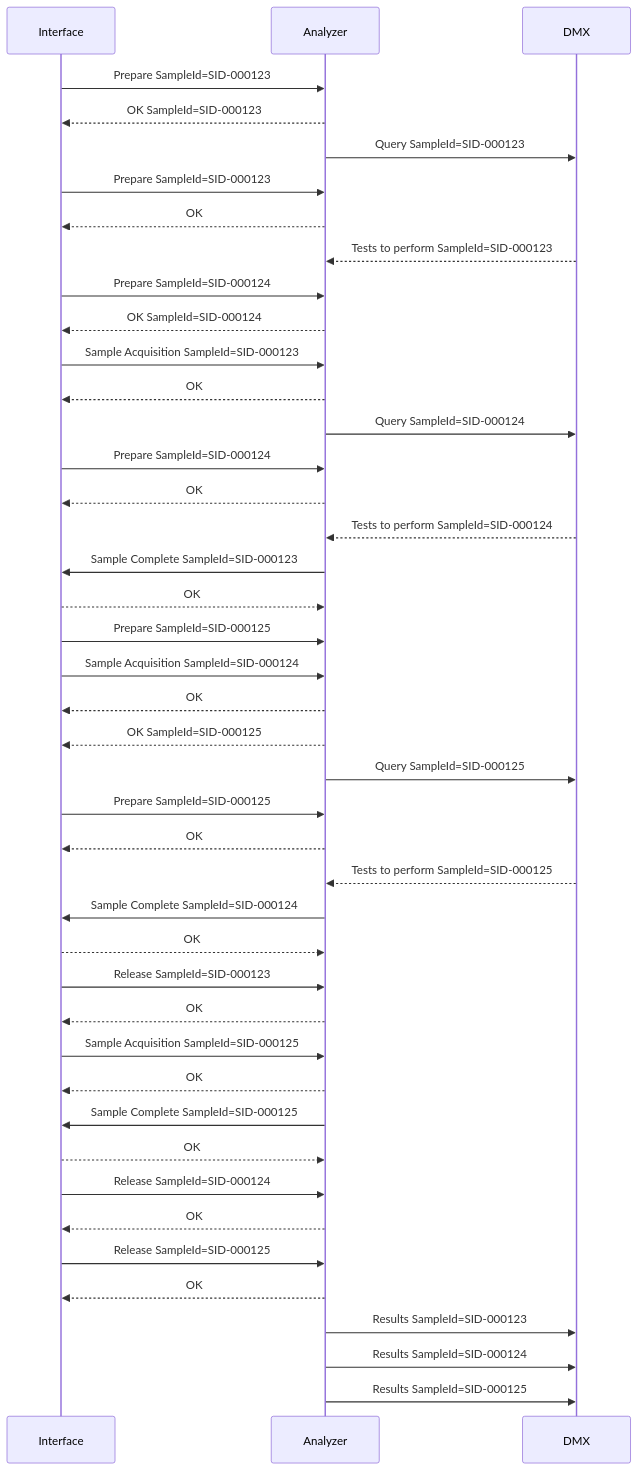
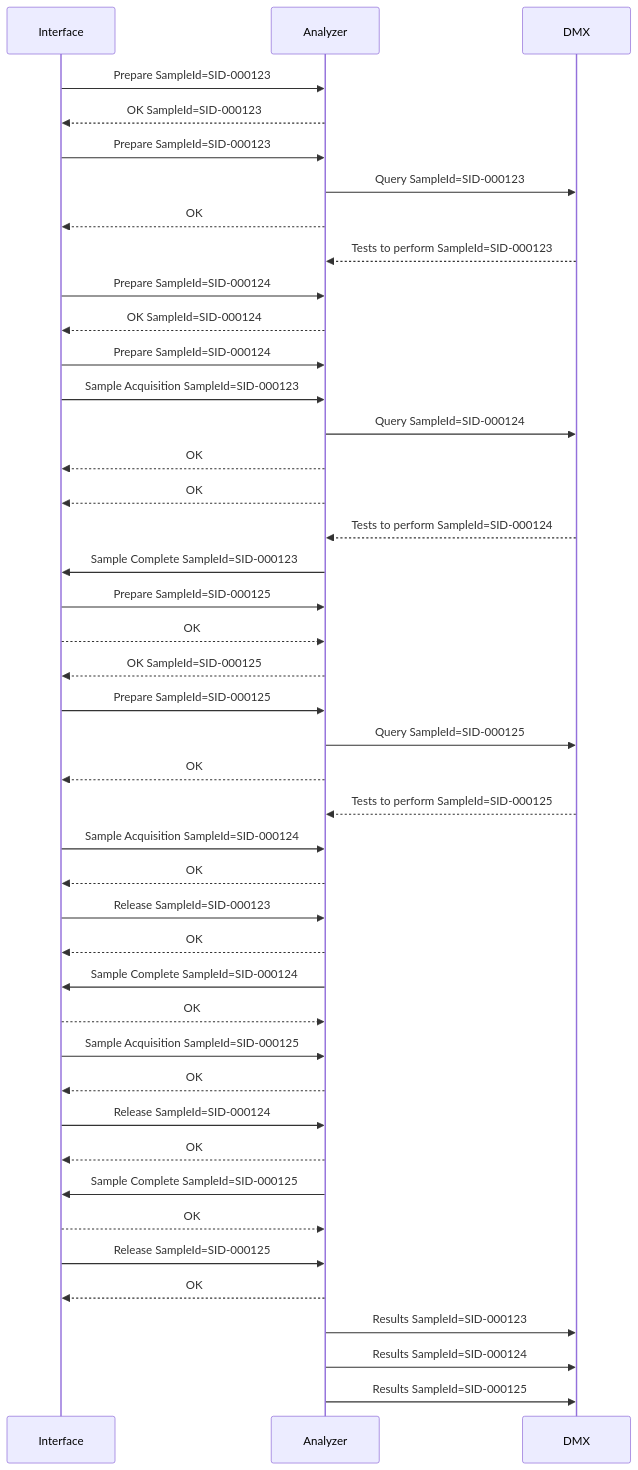
One commit to specialk74/trackviz changed the diagram in scenes/02_turnstile_three_carriers.mmd. Above: the diagram before and after it, drawn with Mermaid. The commit also changed 31 other files, not shown here.

```diff
--- a/scenes/02_turnstile_three_carriers.mmd
+++ b/scenes/02_turnstile_three_carriers.mmd
@@ -16,235 +16,163 @@
     participant AN as Analyzer
     participant DMX as DMX
 
-    %% carrier C1 SID-000123 route=main_in,nsd,pit_in,pit_wait,ts.in,ts.out,pit_out,merge,main_out,gone speed=75
-    %% carrier C2 SID-000124 route=spawn,main_in,nsd,pit_in,pit_wait,ts.in,ts.out,pit_out,merge,main_out,gone speed=75 color=#0EA5E9
-    %% carrier C3 SID-000125 route=spawn,main_in,nsd,pit_in,pit_wait,ts.in,ts.out,pit_out,merge,main_out,gone speed=75 color=#DB2777
+    %% carrier C1 SID-000123 route=main_in,nsd,pit_in,pit_wait,ts.in,ts.out,pit_out,merge,main_out,gone
+    %% carrier C2 SID-000124 route=spawn,main_in,nsd,pit_in,pit_wait,ts.in,ts.out,pit_out,merge,main_out,gone color=#0EA5E9
+    %% carrier C3 SID-000125 route=spawn,main_in,nsd,pit_in,pit_wait,ts.in,ts.out,pit_out,merge,main_out,gone color=#DB2777
 
-    %% at 0
     %% caption 1 · Turnstile with gate and antenna | The Pit-Lane ends in a turnstile, a wheel with three positions: entry, under the analyzer needle, exit. In front of it, an antenna and a gate: every carrier stops there first.
-    %% at 2.26
-    %% move C1 to nsd ease=in
-    %% when C1 at nsd
-    %% move C1 to pit_wait ease=out
-    %% when C1 at nsd
-    %% caption 2 · Diverted — Prepare | The first carrier is diverted into the Pit-Lane without stopping, and the interface sends Prepare to the analyzer.
-    %% when C1 at nsd
+    %% at 2.6
+    %% move C1 to pit_wait
+
+    %% on antenna1 C1
+    %% caption 2 · Diverted — Prepare — antenna | The first carrier is diverted into the Pit-Lane without stopping: Prepare. The gate stops it on the antenna, which reads it: the interface sends Prepare again. Nothing is being sampled, so the gate will open.
+    %% on antenna1 C1
     %% highlight nsd duration=2
-    %% when C1 at nsd
+    %% on antenna1
     IF->>AN: Prepare SampleId=SID-000123
-    %% when prepare C1 sent
-    %% delay 1.997
+    %% after 0.1
     AN-->>IF: OK SampleId=SID-000123
-    %% when sample_ok C1 arrived
-    %% delay 0.3
-    AN->>DMX: Query SampleId=SID-000123
-    %% at 9.96
-    %% move C2 to nsd ease=in
-    %% when C1 at pit_wait
-    %% caption 3 · Antenna — Prepare again | The carrier stops at the antenna in front of the gate: it is read and the interface sends Prepare again (later with an extra piece of information). Nothing is being sampled, so the gate opens.
-    %% when C1 at pit_wait
+    %% after 0.5 antenna2 C1
     %% highlight antenna2 duration=1.5
-    %% when C1 at pit_wait
-    %% delay 0.2
+    %% after 0.5 antenna2 C1
     %% color #9333EA
     IF->>AN: Prepare SampleId=SID-000123
-    %% when prepare_again C1 arrived
-    %% delay 0.1
+    %% after 0.1 OK C1
+    AN->>DMX: Query SampleId=SID-000123
+    %% after 0.1 Prepare C1
     %% for C1
     AN-->>IF: OK
-    %% when query C1 sent
-    %% delay 2.53
+    %% after 0.1 Query C1
     DMX-->>AN: Tests to perform SampleId=SID-000123
-    %% when C1 at pit_wait
-    %% delay 1.777
-    %% move C1 to ts.in ease=inout duration=2
-    %% when C1 at ts.in
-    %% caption 4 · Rotation | Only now, with the carrier in the entry position, the wheel rotates and brings it under the needle. Meanwhile the second carrier is diverted: Prepare.
-    %% when C1 at ts.in
-    %% delay 0.15
+    %% after 0.1 OK C1
+    %% move C1 to ts.in
+
+    %% at 8.4
+    %% move C2 to pit_wait
+    %% after 0.972 OK C1
+    %% caption 3 · Rotation — Sample Acquisition | With the carrier in the entry position the wheel rotates it under the needle: Sample Acquisition and aspiration. Meanwhile the second carrier is diverted, read at the antenna and held by the gate.
     %% rotate ts
-    %% when C2 at nsd
-    %% move C2 to pit_wait ease=out
-    %% when C2 at nsd
+    %% on antenna1 C2
     %% highlight nsd duration=2
-    %% when C2 at nsd
+    %% on antenna1
     IF->>AN: Prepare SampleId=SID-000124
-    %% when prepare C2 sent
-    %% delay 1.732
+    %% after 0.1
     AN-->>IF: OK SampleId=SID-000124
-    %% when rotate ts done
-    %% delay 0.05
-    %% caption 5 · Sample Acquisition — the next carrier waits | Under the needle: Sample Acquisition, then the analyzer aspirates. The second carrier is read at the antenna (Prepare again), but the gate stays closed while a sample is processed.
-    %% when rotate ts done
-    %% delay 0.25
+    %% after 0.5 antenna2 C2
+    %% highlight antenna2 duration=1.5
+    %% after 0.5 antenna2 C2
+    %% color #9333EA
+    IF->>AN: Prepare SampleId=SID-000124
+    %% after 0.25 rotate ts
     IF->>AN: Sample Acquisition SampleId=SID-000123
-    %% when sample_acquisition C1 arrived
-    %% delay 0.1
+    %% after 0.1 OK C2
+    AN->>DMX: Query SampleId=SID-000124
+    %% after 0.1 Prepare C2
+    %% for C2
+    AN-->>IF: OK
+    %% after 0.1 Sample Acquisition C1
     %% for C1
     AN-->>IF: OK
-    %% when analyzer_ok C1 arrived
-    %% delay 0.1
+    %% after 0.1 Query C2
+    DMX-->>AN: Tests to perform SampleId=SID-000124
+    %% after 0.1 OK C1
     %% pipette ts duration=5
-    %% when sample_ok C2 arrived
-    %% delay 0.8
-    AN->>DMX: Query SampleId=SID-000124
-    %% when C2 at pit_wait
-    %% delay 0.032
+
+    %% after 0.3
+    %% caption 4 · Sample Complete — the waiting carrier enters | Sampling is finished: Sample Complete. Before the wheel rotates, the gate opens and the waiting carrier enters the entry position.
+    %% after 0.3 pipette ts
+    AN->>IF: Sample Complete SampleId=SID-000123
+    %% at 20.3
+    %% move C3 to pit_wait
+    %% on antenna1 C3
+    %% highlight nsd duration=2
+    %% on antenna1
+    IF->>AN: Prepare SampleId=SID-000125
+    %% after 0.1 Sample Complete C1
+    %% for C1
+    IF-->>AN: OK
+    %% after 0.1 Prepare C3
+    AN-->>IF: OK SampleId=SID-000125
+    %% after 0.1 OK C1
+    %% move C2 to ts.in
+    %% after 0.5 antenna2 C3
     %% highlight antenna2 duration=1.5
-    %% when C2 at pit_wait
-    %% delay 0.18
+    %% after 0.5 antenna2 C3
     %% color #9333EA
-    IF->>AN: Prepare SampleId=SID-000124
-    %% when prepare_again C2 arrived
-    %% delay 0.1
+    IF->>AN: Prepare SampleId=SID-000125
+    %% after 0.972 OK C1
+    %% caption 5 · Rotation — Sample Acquisition | Now the wheel rotates: the new carrier goes under the needle, the processed one to the exit and back to the Main-Lane (Release once it has left). The third carrier is diverted, read at the antenna and held by the closed gate.
+    %% rotate ts
+    %% after 0.1 OK C3
+    AN->>DMX: Query SampleId=SID-000125
+    %% after 0.1 Prepare C3
+    %% for C3
+    AN-->>IF: OK
+    %% after 0.1 rotate ts
+    %% move C1 to gone
+    %% after 0.1 Query C3
+    DMX-->>AN: Tests to perform SampleId=SID-000125
+    %% after 0.25 rotate ts
+    IF->>AN: Sample Acquisition SampleId=SID-000124
+    %% after 0.1
     %% for C2
     AN-->>IF: OK
-    %% when query C2 sent
-    %% delay 2.3
-    DMX-->>AN: Tests to perform SampleId=SID-000124
-    %% at 23.46
-    %% move C3 to nsd ease=in
-    %% when pipette ts done
-    %% delay 0.2
-    %% caption 6 · Sample Complete — the waiting carrier enters | Sampling is finished: Sample Complete. Before the wheel rotates, the gate opens and the waiting carrier enters the entry position.
-    %% when pipette ts done
-    %% delay 0.3
-    AN->>IF: Sample Complete SampleId=SID-000123
-    %% when sample_complete C1 arrived
-    %% delay 0.1
+    %% on antenna3
+    IF->>AN: Release SampleId=SID-000123
+    %% after 0.1 OK C2
+    %% pipette ts duration=4.5
+    %% after 0.1 Release C1
     %% for C1
+    AN-->>IF: OK
+
+    %% after 0.3 pipette ts
+    %% caption 6 · Sample Complete — enter — rotate | Sample Complete for the second sample. The third carrier enters the wheel, then the wheel rotates: the third sample under the needle, the second one to the exit.
+    %% after 0.3 pipette ts
+    AN->>IF: Sample Complete SampleId=SID-000124
+    %% after 0.1
+    %% for C2
     IF-->>AN: OK
-    %% when interface_ok C1 sent
-    %% delay 0.1
-    %% move C2 to ts.in ease=inout duration=2
-    %% when C2 at ts.in
-    %% delay 0.1
-    %% caption 7 · Rotation — Sample Acquisition | Now the wheel rotates: the new carrier goes under the needle, the processed one to the exit and back to the Main-Lane. The third carrier is diverted.
-    %% when C2 at ts.in
-    %% delay 0.1
+    %% after 0.1
+    %% move C3 to ts.in
+    %% after 0.15
     %% rotate ts
-    %% when C3 at nsd
-    %% move C3 to pit_wait ease=out
-    %% when C3 at nsd
-    %% highlight nsd duration=2
-    %% when C3 at nsd
-    IF->>AN: Prepare SampleId=SID-000125
-    %% when rotate ts done
-    %% delay 0.2
-    %% move C1 to merge ease=in
-    %% when rotate ts done
-    %% delay 0.4
-    IF->>AN: Sample Acquisition SampleId=SID-000124
-    %% when sample_acquisition C2 arrived
-    %% delay 0.1
+    %% after 0.1
+    %% move C2 to gone
+    %% after 0.25 rotate ts
+    IF->>AN: Sample Acquisition SampleId=SID-000125
+    %% after 0.1
+    %% for C3
+    AN-->>IF: OK
+    %% on antenna3
+    IF->>AN: Release SampleId=SID-000124
+    %% after 0.1 OK C3
+    %% pipette ts duration=4.5
+    %% after 0.1 Release C2
     %% for C2
     AN-->>IF: OK
-    %% when prepare C3 sent
-    %% delay 2.032
-    AN-->>IF: OK SampleId=SID-000125
-    %% when analyzer_ok C2 arrived
-    %% delay 0.1
-    %% pipette ts duration=4.5
-    %% when sample_ok C3 arrived
-    %% delay 0.4
-    AN->>DMX: Query SampleId=SID-000125
-    %% when C3 at pit_wait
-    %% delay 0.032
-    %% caption 8 · The third carrier waits at the gate | The third carrier is read at the antenna (Prepare again) and waits at the closed gate while the second sample is aspirated.
-    %% when C3 at pit_wait
-    %% delay 0.032
-    %% highlight antenna2 duration=1.5
-    %% when C3 at pit_wait
-    %% delay 0.18
-    %% color #9333EA
-    IF->>AN: Prepare SampleId=SID-000125
-    %% when prepare_again C3 arrived
-    %% delay 0.1
+
+    %% after 0.3 pipette ts
+    %% caption 7 · Last carrier | Sample Complete for the third sample. No carrier is waiting at the gate: the wheel rotates the third carrier to the exit and it leaves the module (Release).
+    %% after 0.3 pipette ts
+    AN->>IF: Sample Complete SampleId=SID-000125
+    %% after 0.1
+    %% for C3
+    IF-->>AN: OK
+    %% after 0.1
+    %% rotate ts
+    %% after 0.1
+    %% move C3 to gone
+    %% on antenna3
+    IF->>AN: Release SampleId=SID-000125
+    %% after 0.1
     %% for C3
     AN-->>IF: OK
-    %% when query C3 sent
-    %% delay 2.4
-    DMX-->>AN: Tests to perform SampleId=SID-000125
-    %% when pipette ts done
-    %% delay 0.2
-    %% caption 9 · Sample Complete — Release — enter — rotate | Sample Complete for the second sample, Release for the first carrier once it has left the module. The third carrier enters the wheel, then the wheel rotates.
-    %% when pipette ts done
-    %% delay 0.3
-    AN->>IF: Sample Complete SampleId=SID-000124
-    %% when sample_complete C2 arrived
-    %% delay 0.1
-    %% for C2
-    IF-->>AN: OK
-    %% when C1 at merge
-    %% delay 0.005
-    %% move C1 to gone ease=out
-    %% when C1 at main_out
-    IF->>AN: Release SampleId=SID-000123
-    %% when release C1 arrived
-    %% delay 0.1
-    %% for C1
-    AN-->>IF: OK
-    %% when interface_ok C2 sent
-    %% delay 0.1
-    %% move C3 to ts.in ease=inout duration=2
-    %% when C3 at ts.in
-    %% delay 0.1
-    %% rotate ts
-    %% when rotate ts done
-    %% delay 0.2
-    %% move C2 to merge ease=in
-    %% when rotate ts done
-    %% delay 0.4
-    IF->>AN: Sample Acquisition SampleId=SID-000125
-    %% when sample_acquisition C3 arrived
-    %% delay 0.1
-    %% for C3
-    AN-->>IF: OK
-    %% when analyzer_ok C3 arrived
-    %% delay 0.1
-    %% pipette ts duration=4.5
-    %% when pipette ts done
-    %% delay 0.2
-    %% caption 10 · Last carrier | Sample Complete for the third sample. No carrier is waiting at the gate: the wheel rotates the third carrier to the exit and it leaves the module (Release).
-    %% when pipette ts done
-    %% delay 0.3
-    AN->>IF: Sample Complete SampleId=SID-000125
-    %% when sample_complete C3 arrived
-    %% delay 0.1
-    %% for C3
-    IF-->>AN: OK
-    %% when C2 at merge
-    %% delay 0.005
-    %% move C2 to gone ease=out
-    %% when C2 at main_out
-    IF->>AN: Release SampleId=SID-000124
-    %% when release C2 arrived
-    %% delay 0.1
-    %% for C2
-    AN-->>IF: OK
-    %% when interface_ok C3 sent
-    %% delay 0.1
-    %% rotate ts
-    %% when rotate ts done
-    %% delay 0.2
-    %% move C3 to merge ease=in
-    %% when C3 at merge
-    %% move C3 to gone ease=out
-    %% when C3 at main_out
-    IF->>AN: Release SampleId=SID-000125
-    %% when release C3 arrived
-    %% delay 0.1
-    %% for C3
-    AN-->>IF: OK
-    %% when analyzer_ok C3 arrived
-    %% delay 0.5
-    %% caption 11 · Results | Later, when the analysis is complete, the analyzer sends the results to DMX.
-    %% when analyzer_ok C3 arrived
-    %% delay 0.5
+
+    %% after 1
+    %% caption 8 · Results | Later, when the analysis is complete, the analyzer sends the results to DMX.
+    %% after 0.3
     AN->>DMX: Results SampleId=SID-000123
-    %% when results C1 arrived
-    %% delay 0.2
+    %% after 0.2
     AN->>DMX: Results SampleId=SID-000124
-    %% when results C2 arrived
-    %% delay 0.2
+    %% after 0.2
     AN->>DMX: Results SampleId=SID-000125
```
